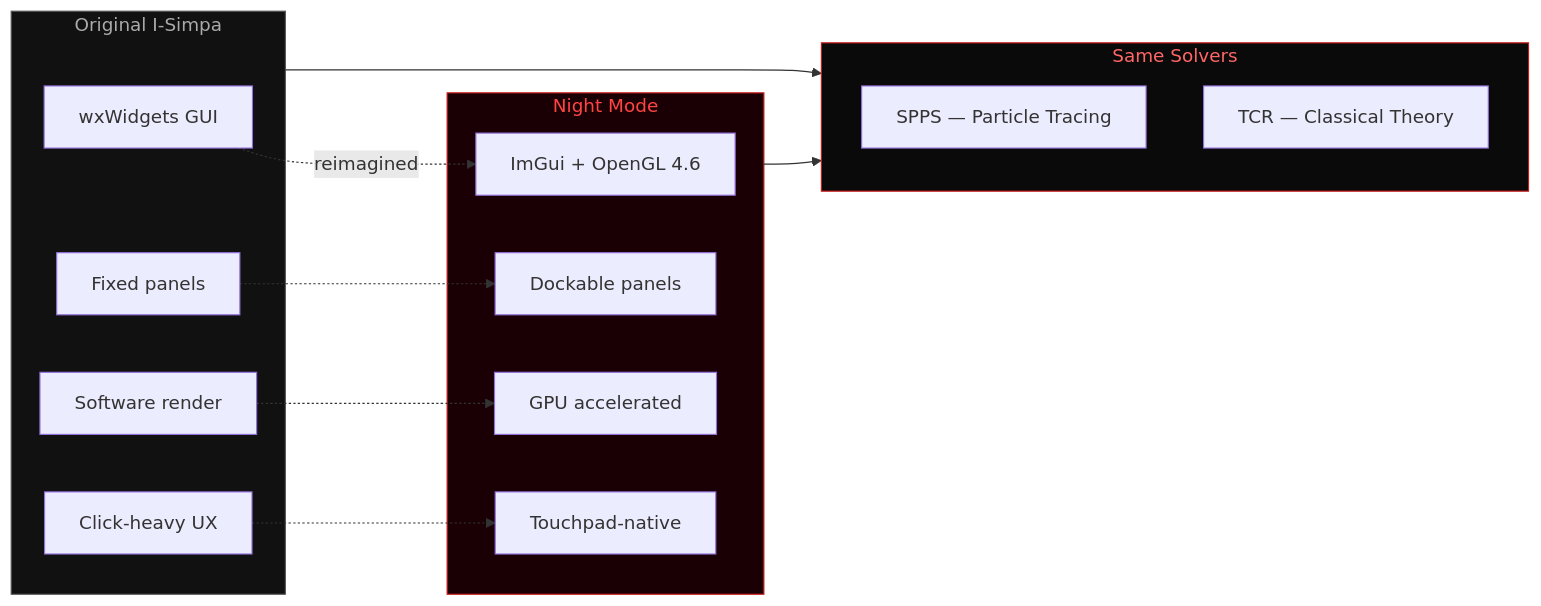
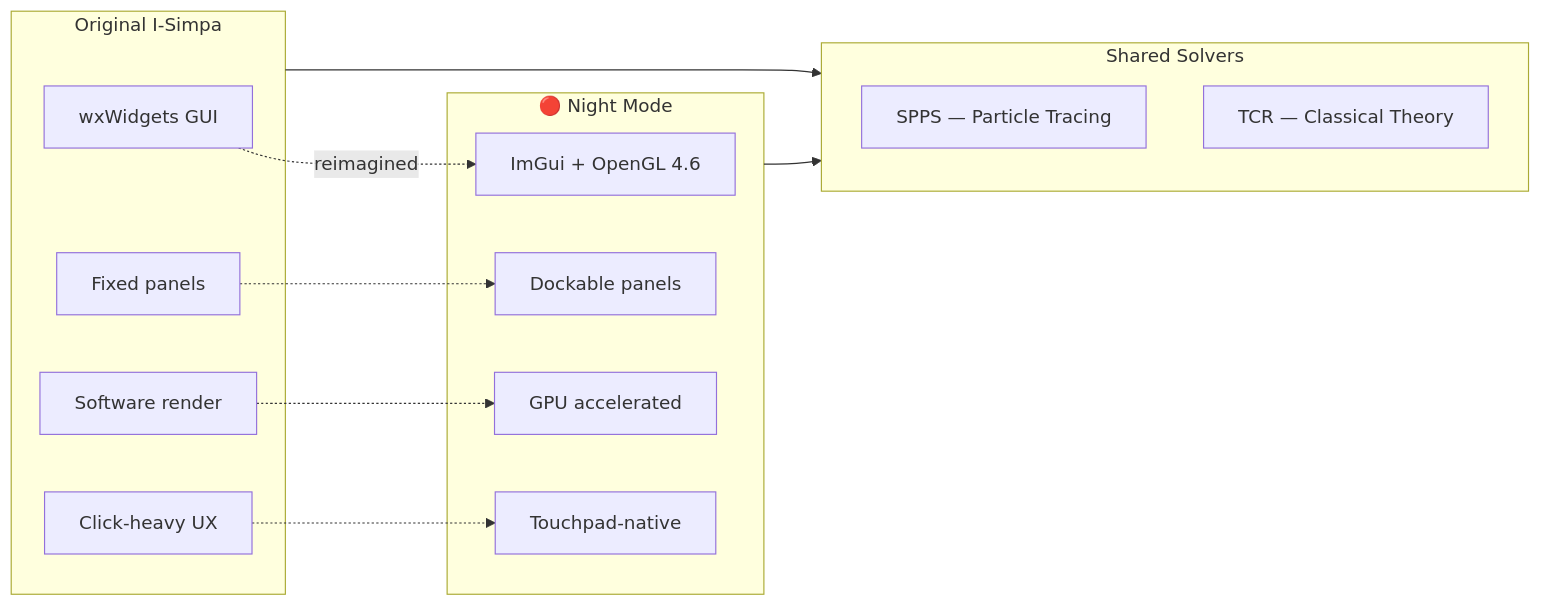
The first of 2 diagrams in README.md (Burhanuddin98/I-Simpa_Night_Mode), drawn with Mermaid before and after one commit. The commit also changed other lines of this file, not shown here.

Commit message:
Fix diagrams: remove invisible dark styling, replace mindmap with clean table

````diff
--- a/README.md
+++ b/README.md
@@ -28,29 +28,25 @@
 ```mermaid
 graph LR
     subgraph Original["Original I-Simpa"]
         A1[wxWidgets GUI]
         A2[Fixed panels]
         A3[Software render]
         A4[Click-heavy UX]
     end
-    subgraph Night["Night Mode"]
+    subgraph Night["🔴 Night Mode"]
         B1[ImGui + OpenGL 4.6]
         B2[Dockable panels]
         B3[GPU accelerated]
         B4[Touchpad-native]
     end
     A1 -.->|reimagined| B1
     A2 -.-> B2
     A3 -.-> B3
     A4 -.-> B4
-    subgraph Solvers["Same Solvers"]
+    subgraph Solvers["Shared Solvers"]
         S1[SPPS — Particle Tracing]
         S2[TCR — Classical Theory]
     end
     Original --> Solvers
     Night --> Solvers
-
-    style Night fill:#1a0005,stroke:#cc1a1a,color:#ff4444
-    style Original fill:#111,stroke:#555,color:#aaa
-    style Solvers fill:#0a0a0a,stroke:#cc1a1a,color:#ff6666
 ```
````
